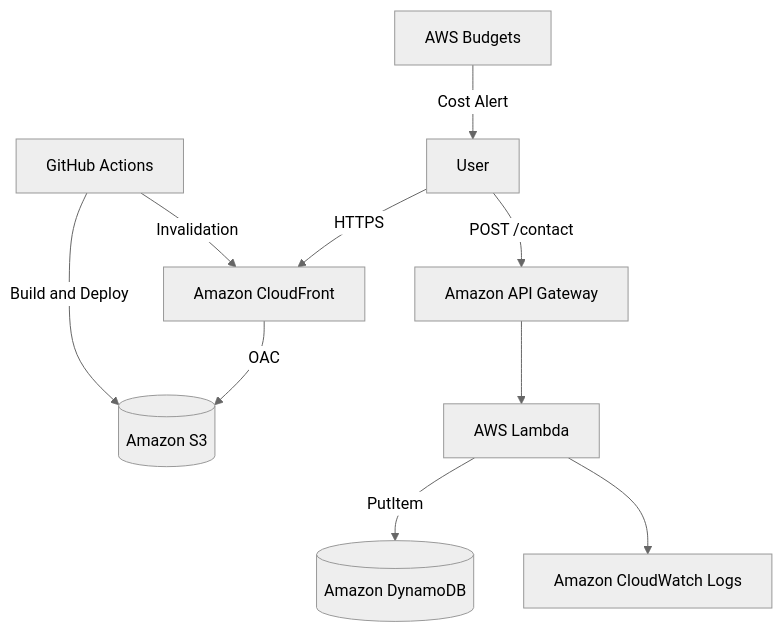
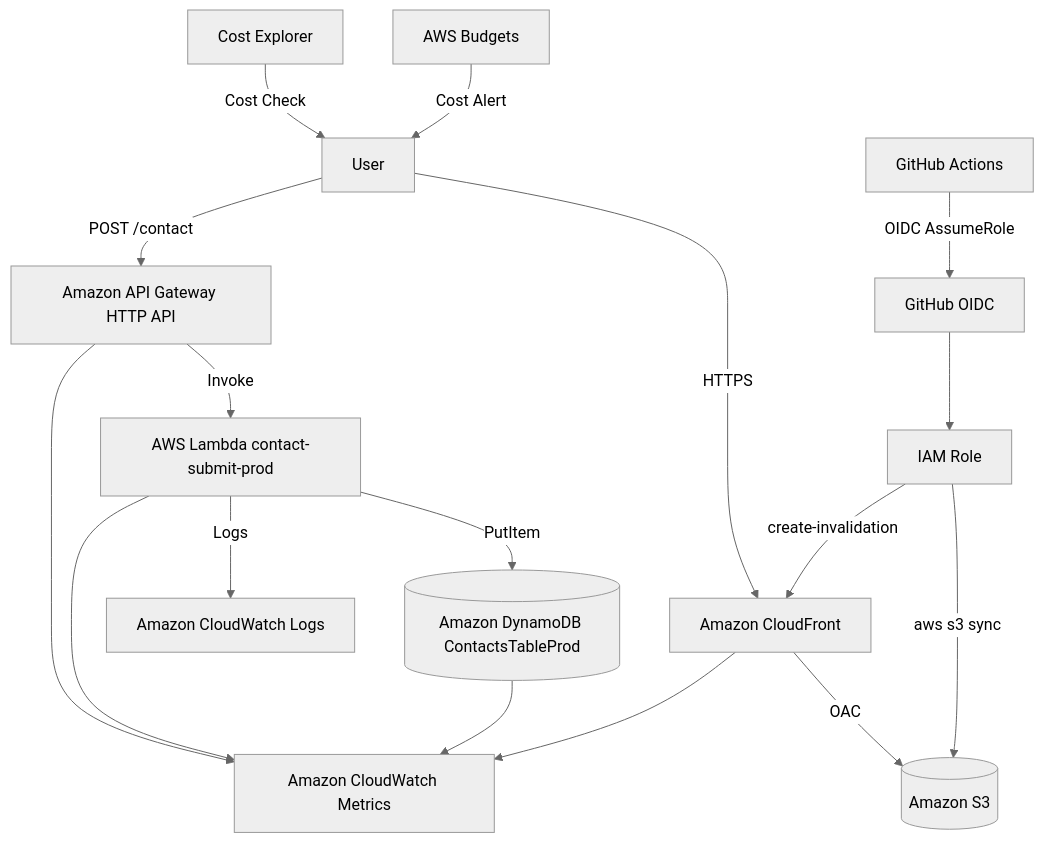
One commit to vincentmango-wen/aws-cert-roadmap-lab changed the diagram in README.md. Above: the diagram before and after it, drawn with Mermaid (neutral theme). The commit also changed other lines of this file, not shown here.

Commit message:
docs: update README with AWS architechture and CI/CD

````diff
--- a/README.md
+++ b/README.md
@@ -267,25 +267,37 @@
 ```mermaid
 flowchart TD
     User[User]
     CF[Amazon CloudFront]
     S3[(Amazon S3)]
-    APIGW[Amazon API Gateway]
-    Lambda[AWS Lambda]
-    DDB[(Amazon DynamoDB)]
+    APIGW[Amazon API Gateway HTTP API]
+    Lambda[AWS Lambda contact-submit-prod]
+    DDB[(Amazon DynamoDB ContactsTableProd)]
     CW[Amazon CloudWatch Logs]
+    Metrics[Amazon CloudWatch Metrics]
     Budget[AWS Budgets]
+    Cost[Cost Explorer]
     GH[GitHub Actions]
+    IAM[IAM Role]
+    OIDC[GitHub OIDC]
 
     User -->|HTTPS| CF
     CF -->|OAC| S3
 
     User -->|POST /contact| APIGW
-    APIGW --> Lambda
+    APIGW -->|Invoke| Lambda
     Lambda -->|PutItem| DDB
-    Lambda --> CW
+    Lambda -->|Logs| CW
 
-    GH -->|Build and Deploy| S3
-    GH -->|Invalidation| CF
+    CF --> Metrics
+    APIGW --> Metrics
+    Lambda --> Metrics
+    DDB --> Metrics
+
+    GH -->|OIDC AssumeRole| OIDC
+    OIDC --> IAM
+    IAM -->|aws s3 sync| S3
+    IAM -->|create-invalidation| CF
 
     Budget -->|Cost Alert| User
+    Cost -->|Cost Check| User
 ```
````
